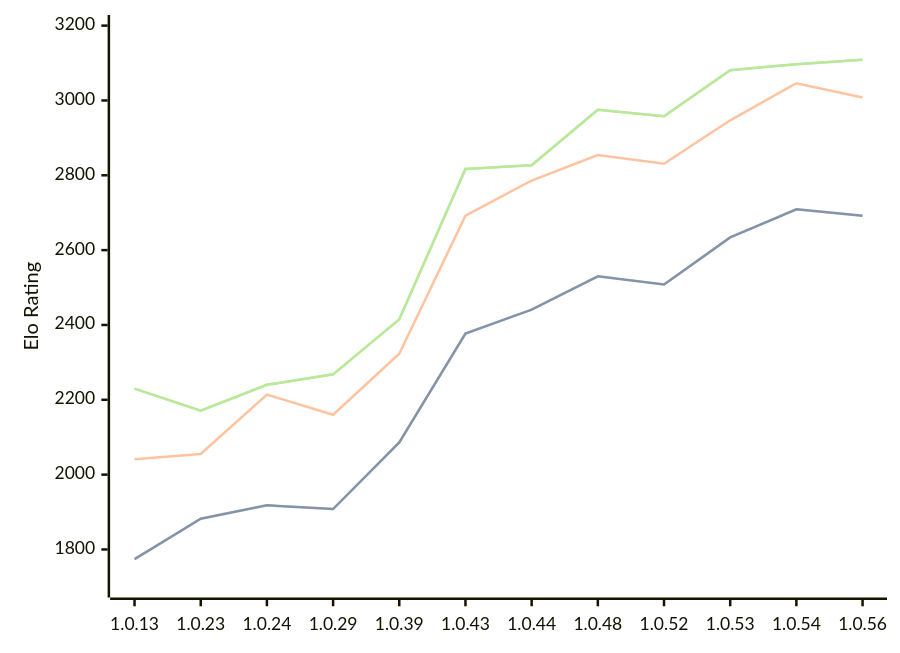
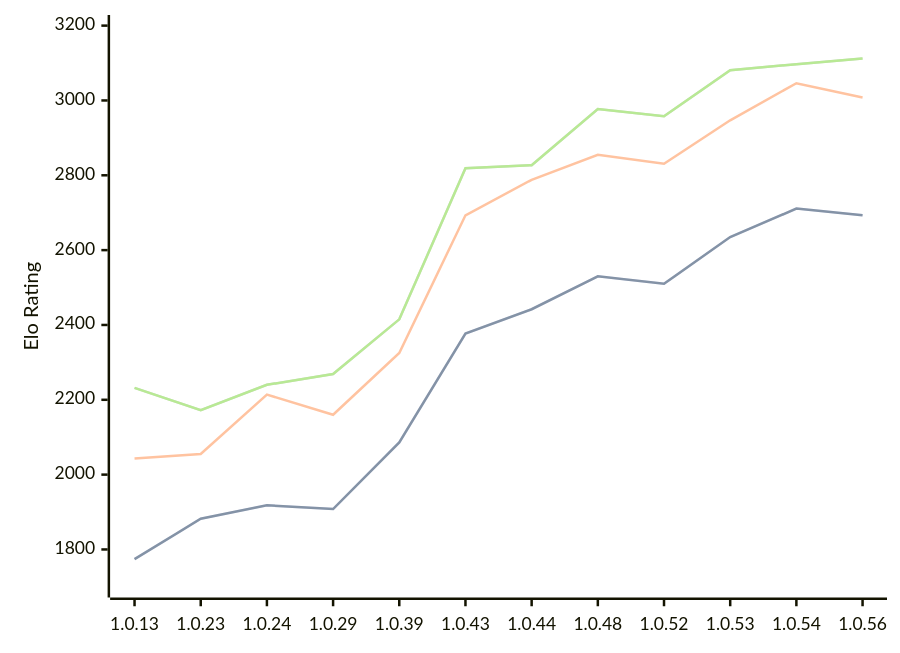
The diagram in engines/RustyRival.md (computer-chess-index/cci), drawn with Mermaid before and after one commit. The commit also changed other lines of this file, not shown here.

Commit message:
Update CCI Ratings (ELO VLTC) - 2026-09-08

````diff
--- a/engines/RustyRival.md
+++ b/engines/RustyRival.md
@@ -59,11 +61,11 @@
 ```mermaid
 %%{init: {"theme":"base","themeVariables":{"seriesColors:['#a3a3a3','#222221','#faa371']}}}%%
 xychart-beta
   x-axis ["1.0.13", "1.0.23", "1.0.24", "1.0.29", "1.0.39", "1.0.43", "1.0.44", "1.0.48", "1.0.52", "1.0.53", "1.0.54", "1.0.56"]
   y-axis "Elo Rating" 1700 --> 3200
-  line "" [1774, 1882, 1918, 1908, 2086, 2377, 2441, 2530, 2508, 2634, 2709, 2692]
-  line "STC (8.0+0.08s)" [1774, 1882, 1918, 1908, 2086, 2377, 2441, 2530, 2508, 2634, 2709, 2692]
-  line "LTC (60.0+0.60s)" [2041, 2055, 2214, 2160, 2323, 2692, 2786, 2854, 2831, 2947, 3046, 3008]
-  line "" [2230, 2171, 2240, 2268, 2415, 2817, 2827, 2975, 2958, 3081, 3097, 3109]
-  line "VLTC (2m24s+1.12s)" [2230, 2171, 2240, 2268, 2415, 2817, 2827, 2975, 2958, 3081, 3097, 3109]
+  line "" [1774, 1882, 1918, 1908, 2086, 2377, 2442, 2530, 2510, 2635, 2711, 2693]
+  line "STC (8.0+0.08s)" [1774, 1882, 1918, 1908, 2086, 2377, 2442, 2530, 2510, 2635, 2711, 2693]
+  line "LTC (60.0+0.60s)" [2043, 2055, 2214, 2160, 2325, 2693, 2788, 2855, 2831, 2947, 3046, 3008]
+  line "" [2232, 2172, 2240, 2269, 2415, 2819, 2827, 2977, 2958, 3081, 3097, 3112]
+  line "VLTC (2m24s+1.12s)" [2232, 2172, 2240, 2269, 2415, 2819, 2827, 2977, 2958, 3081, 3097, 3112]
 ```
````
